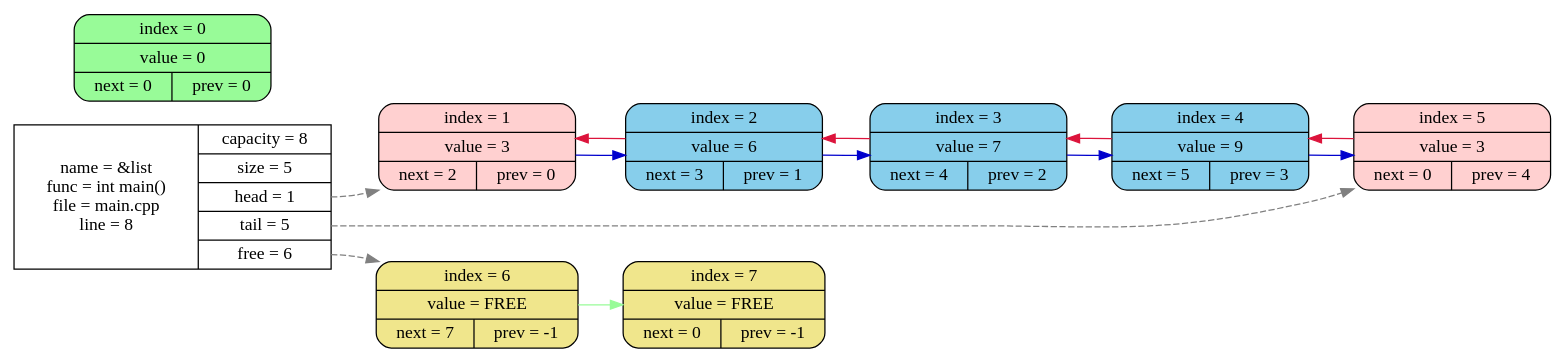
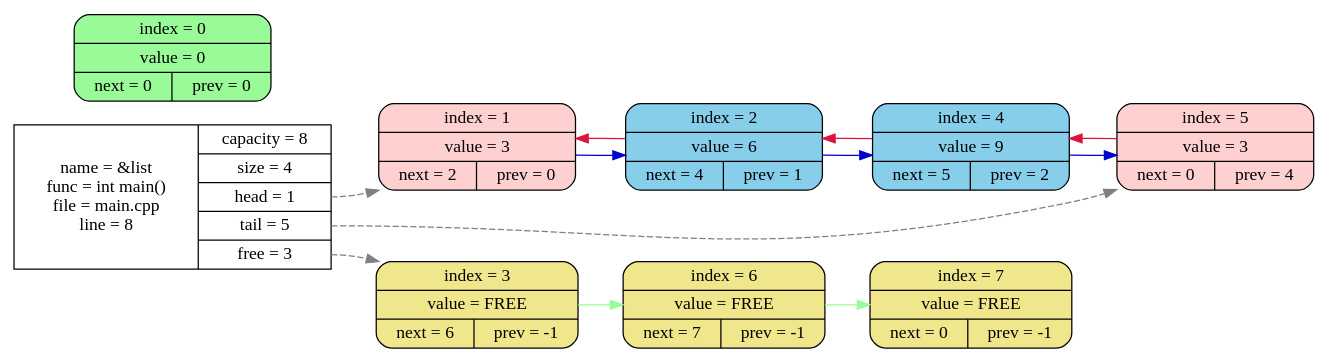
One commit to esgalimov/list changed the diagram in graphiz.dot. Above: the diagram before and after it, drawn with Graphviz. The commit also changed 6 other files, not shown here.

```diff
--- a/graphiz.dot
+++ b/graphiz.dot
@@ -1,35 +1,34 @@
 digraph
 {
     rankdir = LR;
     node_info[shape = record, label = "{{name = &list \n func = int main() \n file = main.cpp \n
-              line = 8} | {capacity = 8 | size = 5 | <f0> head = 1 | <f1> tail = 5 | <f2> free = 6}}"];
+              line = 8} | {capacity = 8 | size = 4 | <f0> head = 1 | <f1> tail = 5 | <f2> free = 3}}"];
 
     node0[shape = Mrecord, label = "{index = 0} | {value = 0} | {next = 0 | prev = 0}",
             style="filled", fillcolor="#98FB98"];
     node1[shape = Mrecord, label = "{index = 1} | {value = 3} | {next = 2 | prev = 0}",
             style="filled", fillcolor="#FFD0D0"];
-    node2[shape = Mrecord, label = "{index = 2} | {value = 6} | {next = 3 | prev = 1}",
+    node2[shape = Mrecord, label = "{index = 2} | {value = 6} | {next = 4 | prev = 1}",
             style="filled", fillcolor="#87CEEB"];
-    node3[shape = Mrecord, label = "{index = 3} | {value = 7} | {next = 4 | prev = 2}",
-            style="filled", fillcolor="#87CEEB"];
-    node4[shape = Mrecord, label = "{index = 4} | {value = 9} | {next = 5 | prev = 3}",
+    node3[shape = Mrecord, label = "{index = 3} | {value = FREE} | {next = 6 | prev = -1}",
+            style="filled", fillcolor="#F0E68C"];
+    node4[shape = Mrecord, label = "{index = 4} | {value = 9} | {next = 5 | prev = 2}",
             style="filled", fillcolor="#87CEEB"];
     node5[shape = Mrecord, label = "{index = 5} | {value = 3} | {next = 0 | prev = 4}",
             style="filled", fillcolor="#FFD0D0"];
     node6[shape = Mrecord, label = "{index = 6} | {value = FREE} | {next = 7 | prev = -1}",
             style="filled", fillcolor="#F0E68C"];
     node7[shape = Mrecord, label = "{index = 7} | {value = FREE} | {next = 0 | prev = -1}",
             style="filled", fillcolor="#F0E68C"];
     node2->node1 [color = "#DC143C"];
     node1->node2 [color = "#0000CD"];
-    node3->node2 [color = "#DC143C"];
-    node2->node3 [color = "#0000CD"];
-    node4->node3 [color = "#DC143C"];
-    node3->node4 [color = "#0000CD"];
+    node3->node6 [color = "#98FB98"];
+    node4->node2 [color = "#DC143C"];
+    node2->node4 [color = "#0000CD"];
     node5->node4 [color = "#DC143C"];
     node4->node5 [color = "#0000CD"];
     node6->node7 [color = "#98FB98"];
     node_info:<f0>->node1 [color = "gray", style="dashed"];
     node_info:<f1>->node5 [color = "gray", style="dashed"];
-    node_info:<f2>->node6 [color = "gray", style="dashed"];
+    node_info:<f2>->node3 [color = "gray", style="dashed"];
 }
```
